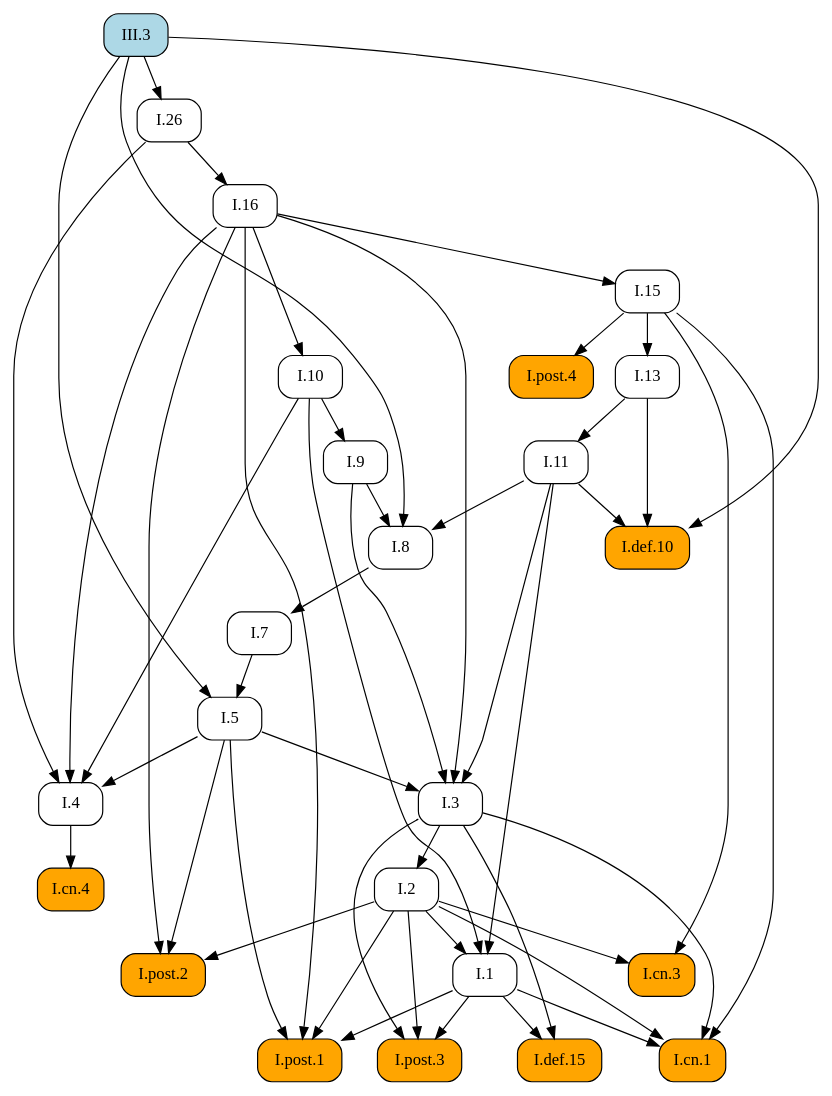
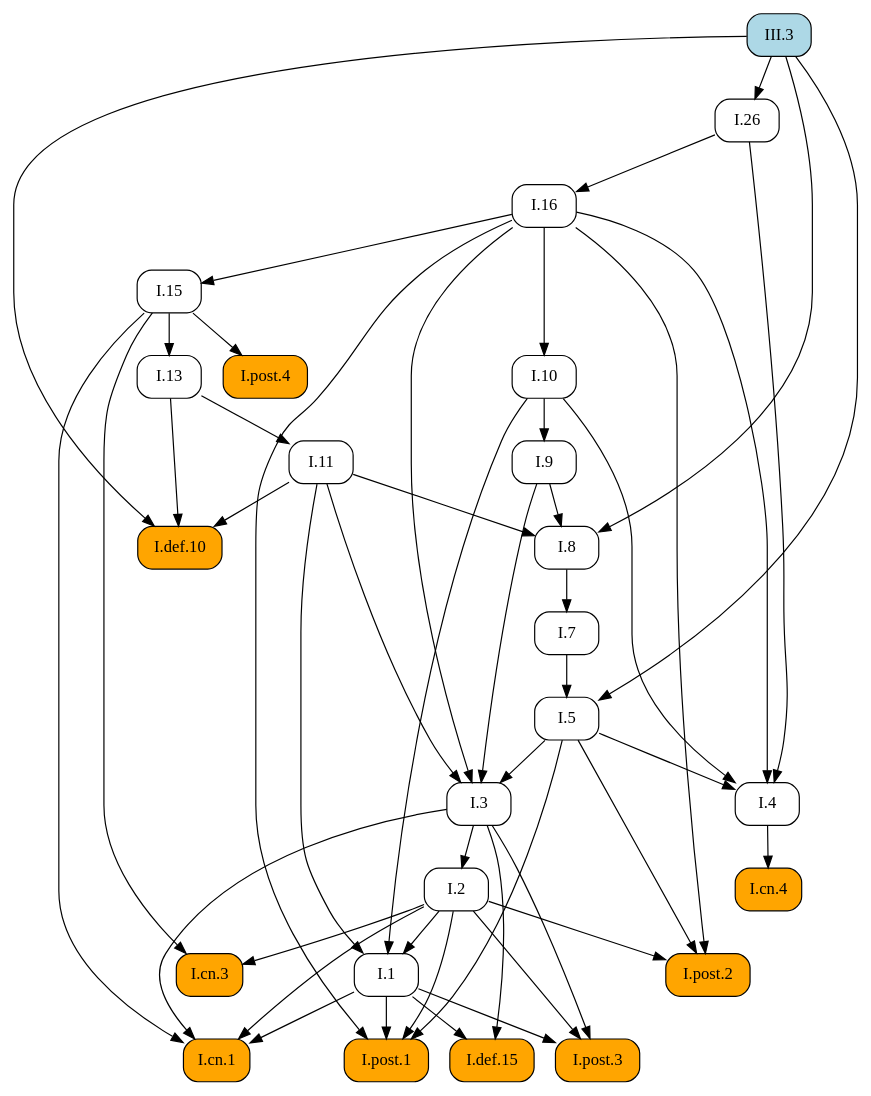
The diagram in docsrc/heath/III/3/index.rst (geometor/elements), drawn with Graphviz before and after one commit. The commit also changed other lines of this file and 1029 other files, not shown here.

```diff
--- a/docsrc/heath/III/3/index.rst
+++ b/docsrc/heath/III/3/index.rst
@@ -79,78 +79,78 @@
 .. graphviz::
 
    digraph {
      rankdir="TB";
      node [shape=box, style=rounded];
+     "I.def.10" [style="rounded,filled", fillcolor=orange, URL="/heath/I/def.10/", target="_top"];
+     "I.11" [URL="/heath/I/11/", target="_top"];
+     "I.post.4" [style="rounded,filled", fillcolor=orange, URL="/heath/I/post.4/", target="_top"];
+     "I.1" [URL="/heath/I/1/", target="_top"];
+     "I.26" [URL="/heath/I/26/", target="_top"];
+     "I.7" [URL="/heath/I/7/", target="_top"];
+     "I.3" [URL="/heath/I/3/", target="_top"];
+     "I.2" [URL="/heath/I/2/", target="_top"];
+     "I.4" [URL="/heath/I/4/", target="_top"];
      "I.13" [URL="/heath/I/13/", target="_top"];
+     "I.post.2" [style="rounded,filled", fillcolor=orange, URL="/heath/I/post.2/", target="_top"];
+     "I.16" [URL="/heath/I/16/", target="_top"];
+     "I.def.15" [style="rounded,filled", fillcolor=orange, URL="/heath/I/def.15/", target="_top"];
+     "I.9" [URL="/heath/I/9/", target="_top"];
+     "I.post.3" [style="rounded,filled", fillcolor=orange, URL="/heath/I/post.3/", target="_top"];
+     "III.3" [style="rounded,filled", fillcolor=lightblue, URL="/heath/III/3/", target="_top"];
+     "I.cn.1" [style="rounded,filled", fillcolor=orange, URL="/heath/I/cn.1/", target="_top"];
      "I.cn.3" [style="rounded,filled", fillcolor=orange, URL="/heath/I/cn.3/", target="_top"];
+     "I.8" [URL="/heath/I/8/", target="_top"];
+     "I.cn.4" [style="rounded,filled", fillcolor=orange, URL="/heath/I/cn.4/", target="_top"];
+     "I.15" [URL="/heath/I/15/", target="_top"];
+     "I.post.1" [style="rounded,filled", fillcolor=orange, URL="/heath/I/post.1/", target="_top"];
+     "I.10" [URL="/heath/I/10/", target="_top"];
      "I.5" [URL="/heath/I/5/", target="_top"];
-     "I.11" [URL="/heath/I/11/", target="_top"];
-     "I.7" [URL="/heath/I/7/", target="_top"];
-     "I.10" [URL="/heath/I/10/", target="_top"];
-     "I.4" [URL="/heath/I/4/", target="_top"];
-     "I.3" [URL="/heath/I/3/", target="_top"];
-     "I.16" [URL="/heath/I/16/", target="_top"];
-     "I.8" [URL="/heath/I/8/", target="_top"];
-     "I.9" [URL="/heath/I/9/", target="_top"];
-     "I.def.10" [style="rounded,filled", fillcolor=orange, URL="/heath/I/def.10/", target="_top"];
-     "III.3" [style="rounded,filled", fillcolor=lightblue, URL="/heath/III/3/", target="_top"];
-     "I.post.4" [style="rounded,filled", fillcolor=orange, URL="/heath/I/post.4/", target="_top"];
-     "I.post.2" [style="rounded,filled", fillcolor=orange, URL="/heath/I/post.2/", target="_top"];
-     "I.2" [URL="/heath/I/2/", target="_top"];
-     "I.def.15" [style="rounded,filled", fillcolor=orange, URL="/heath/I/def.15/", target="_top"];
-     "I.1" [URL="/heath/I/1/", target="_top"];
-     "I.post.3" [style="rounded,filled", fillcolor=orange, URL="/heath/I/post.3/", target="_top"];
-     "I.post.1" [style="rounded,filled", fillcolor=orange, URL="/heath/I/post.1/", target="_top"];
-     "I.cn.4" [style="rounded,filled", fillcolor=orange, URL="/heath/I/cn.4/", target="_top"];
-     "I.26" [URL="/heath/I/26/", target="_top"];
-     "I.15" [URL="/heath/I/15/", target="_top"];
-     "I.cn.1" [style="rounded,filled", fillcolor=orange, URL="/heath/I/cn.1/", target="_top"];
-     "I.15" -> "I.13";
-     "I.2" -> "I.cn.3";
-     "I.15" -> "I.cn.3";
-     "I.7" -> "I.5";
-     "III.3" -> "I.5";
+     "I.11" -> "I.def.10";
+     "I.13" -> "I.def.10";
+     "III.3" -> "I.def.10";
      "I.13" -> "I.11";
+     "I.15" -> "I.post.4";
+     "I.2" -> "I.1";
+     "I.10" -> "I.1";
+     "I.11" -> "I.1";
+     "III.3" -> "I.26";
      "I.8" -> "I.7";
-     "I.16" -> "I.10";
+     "I.5" -> "I.3";
+     "I.9" -> "I.3";
+     "I.11" -> "I.3";
+     "I.16" -> "I.3";
+     "I.3" -> "I.2";
      "I.5" -> "I.4";
      "I.10" -> "I.4";
      "I.16" -> "I.4";
      "I.26" -> "I.4";
-     "I.5" -> "I.3";
-     "I.9" -> "I.3";
-     "I.11" -> "I.3";
-     "I.16" -> "I.3";
+     "I.15" -> "I.13";
+     "I.2" -> "I.post.2";
+     "I.5" -> "I.post.2";
+     "I.16" -> "I.post.2";
      "I.26" -> "I.16";
+     "I.1" -> "I.def.15";
+     "I.3" -> "I.def.15";
+     "I.10" -> "I.9";
+     "I.1" -> "I.post.3";
+     "I.2" -> "I.post.3";
+     "I.3" -> "I.post.3";
+     "I.1" -> "I.cn.1";
+     "I.2" -> "I.cn.1";
+     "I.3" -> "I.cn.1";
+     "I.15" -> "I.cn.1";
+     "I.2" -> "I.cn.3";
+     "I.15" -> "I.cn.3";
      "I.9" -> "I.8";
      "I.11" -> "I.8";
      "III.3" -> "I.8";
-     "I.10" -> "I.9";
-     "I.11" -> "I.def.10";
-     "I.13" -> "I.def.10";
-     "III.3" -> "I.def.10";
-     "I.15" -> "I.post.4";
-     "I.2" -> "I.post.2";
-     "I.5" -> "I.post.2";
-     "I.16" -> "I.post.2";
-     "I.3" -> "I.2";
-     "I.1" -> "I.def.15";
-     "I.3" -> "I.def.15";
-     "I.2" -> "I.1";
-     "I.10" -> "I.1";
-     "I.11" -> "I.1";
-     "I.1" -> "I.post.3";
-     "I.2" -> "I.post.3";
-     "I.3" -> "I.post.3";
+     "I.4" -> "I.cn.4";
+     "I.16" -> "I.15";
      "I.1" -> "I.post.1";
      "I.2" -> "I.post.1";
      "I.5" -> "I.post.1";
      "I.16" -> "I.post.1";
-     "I.4" -> "I.cn.4";
-     "III.3" -> "I.26";
-     "I.16" -> "I.15";
-     "I.1" -> "I.cn.1";
-     "I.2" -> "I.cn.1";
-     "I.3" -> "I.cn.1";
-     "I.15" -> "I.cn.1";
+     "I.16" -> "I.10";
+     "I.7" -> "I.5";
+     "III.3" -> "I.5";
    }
```
